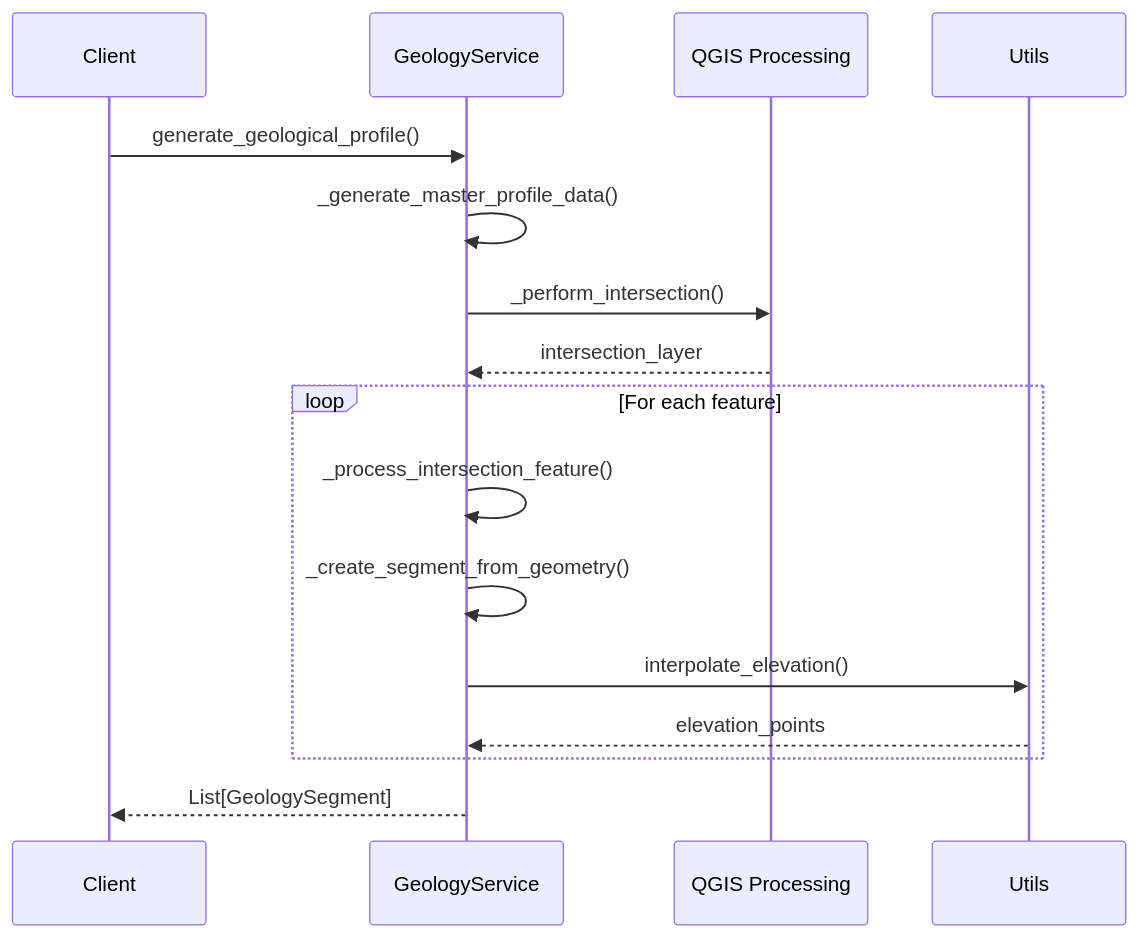
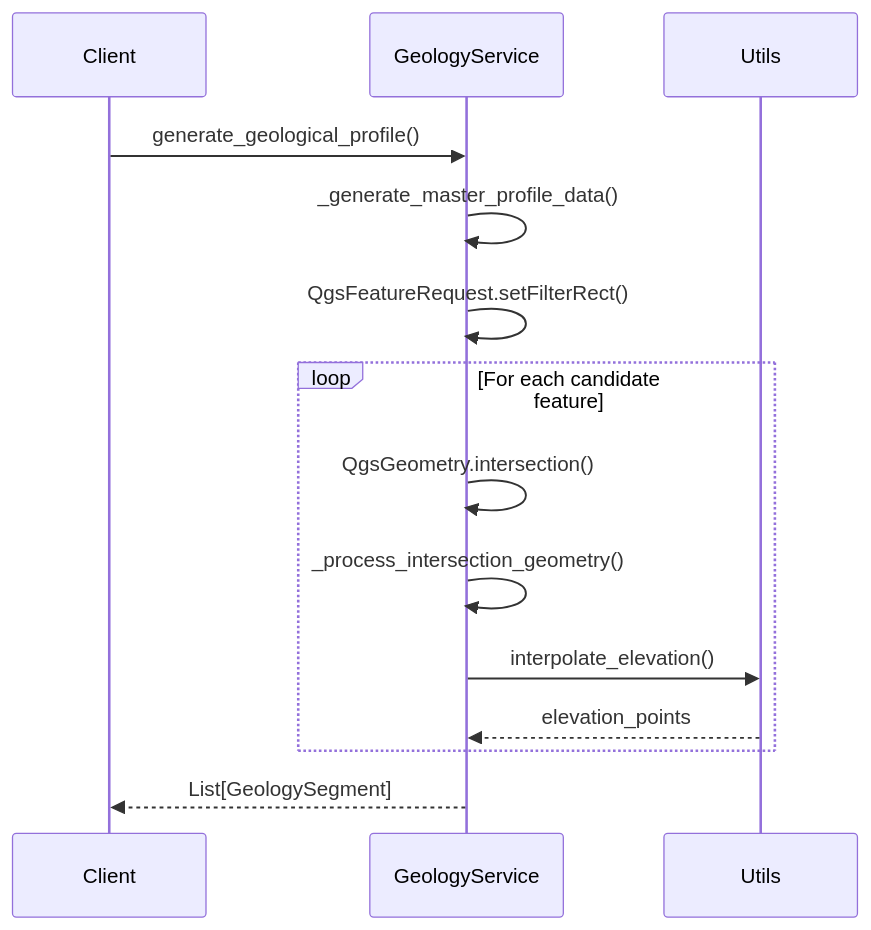
One commit to geociencio/sec_interp changed the fourth of 12 diagrams in docs/source/ARCHITECTURE.md. Above: the diagram before and after it, drawn with Mermaid. The commit also changed 3 other files, not shown here.

First line of the commit message:
fix(docs): enable mermaid diagrams styling

````diff
--- a/docs/source/ARCHITECTURE.md
+++ b/docs/source/ARCHITECTURE.md
@@ -499,21 +499,21 @@
 ```mermaid
 sequenceDiagram
     participant Client
     participant GeoService as GeologyService
-    participant QGIS as QGIS Processing
     participant Utils as Utils
 
     Client->>GeoService: generate_geological_profile()
     GeoService->>GeoService: _generate_master_profile_data()
-    GeoService->>QGIS: _perform_intersection()
-    QGIS-->>GeoService: intersection_layer
 
-    loop For each feature
-        GeoService->>GeoService: _process_intersection_feature()
-        GeoService->>GeoService: _create_segment_from_geometry()
+    %% Optimized PyQGIS Intersection
+    GeoService->>GeoService: QgsFeatureRequest.setFilterRect()
+
+    loop For each candidate feature
+        GeoService->>GeoService: QgsGeometry.intersection()
+        GeoService->>GeoService: _process_intersection_geometry()
         GeoService->>Utils: interpolate_elevation()
         Utils-->>GeoService: elevation_points
     end
 
     GeoService-->>Client: List[GeologySegment]
 ```
````
